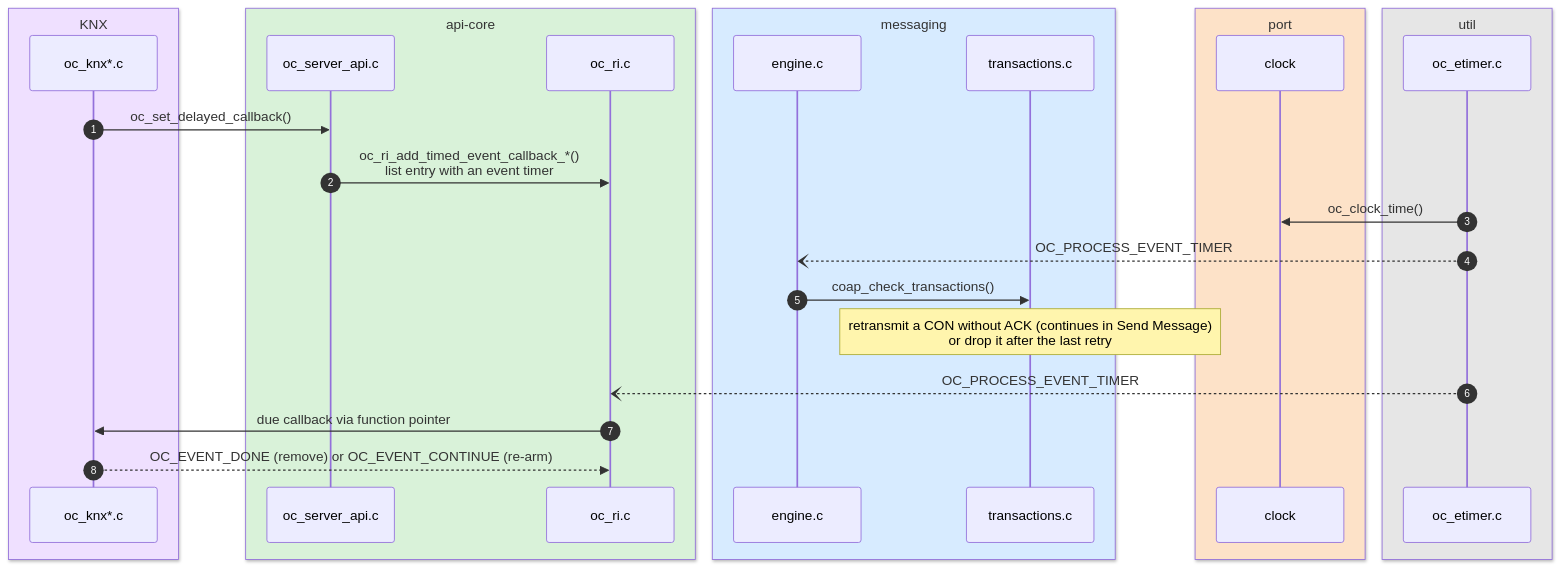
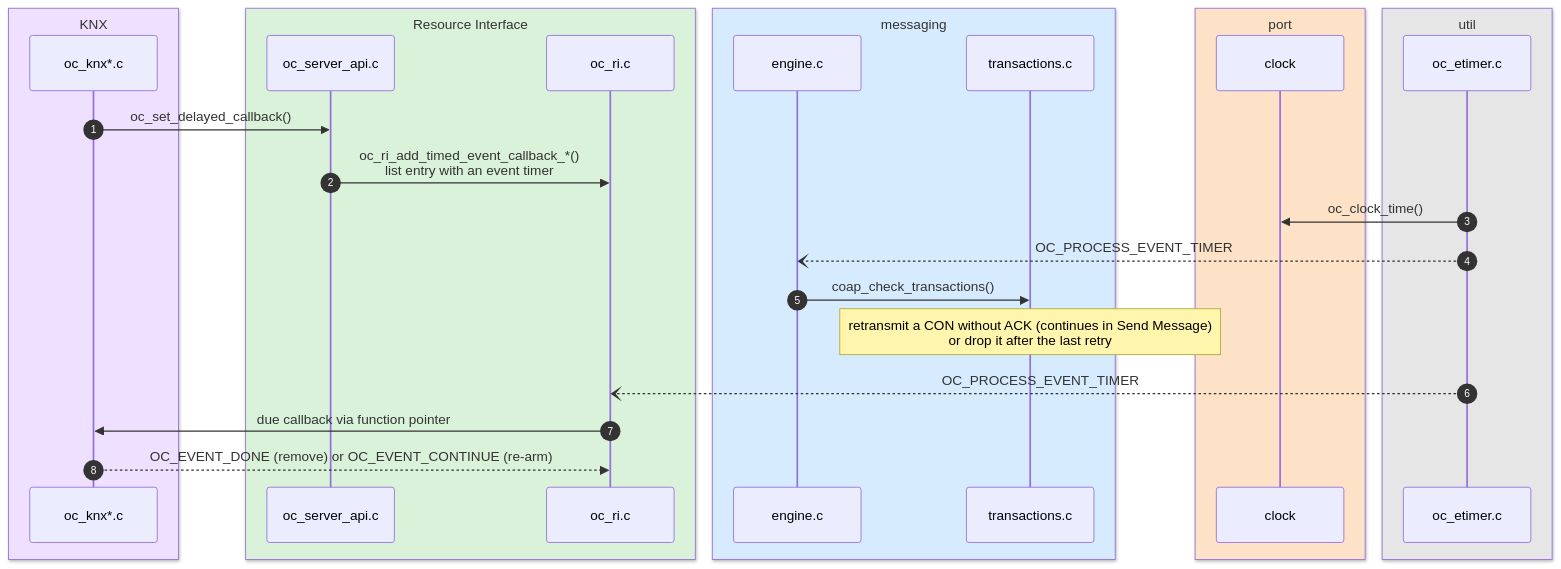
One commit to nrfconnect/sdk-knx-iot-point-api-stack changed the fourth of 7 diagrams in docs/software-design.md. Above: the diagram before and after it, drawn with Mermaid. The commit also changed other lines of this file and 182 other files, not shown here.

````diff
--- a/docs/software-design.md
+++ b/docs/software-design.md
@@ -256,31 +274,31 @@
 ```mermaid
 sequenceDiagram
   autonumber
   box rgb(239,224,255) KNX
     participant K as oc_knx*.c
   end
-  box rgb(217,242,217) api-core
+  box rgb(217,242,217) Resource Interface
     participant SRV as oc_server_api.c
     participant RI as oc_ri.c
   end
   box rgb(215,235,255) messaging
     participant ENG as engine.c
     participant TRX as transactions.c
   end
   box rgb(253,226,200) port
     participant CLK as clock
   end
   box rgb(230,230,230) util
     participant ET as oc_etimer.c
   end
 
   K->>SRV: oc_set_delayed_callback()
   SRV->>RI: oc_ri_add_timed_event_callback_*()<br/>list entry with an event timer
   ET->>CLK: oc_clock_time()
   ET--)ENG: OC_PROCESS_EVENT_TIMER
   ENG->>TRX: coap_check_transactions()
   Note over TRX: retransmit a CON without ACK (continues in Send Message)<br/>or drop it after the last retry
   ET--)RI: OC_PROCESS_EVENT_TIMER
   RI->>K: due callback via function pointer
   K-->>RI: OC_EVENT_DONE (remove) or OC_EVENT_CONTINUE (re-arm)
 ```
````
